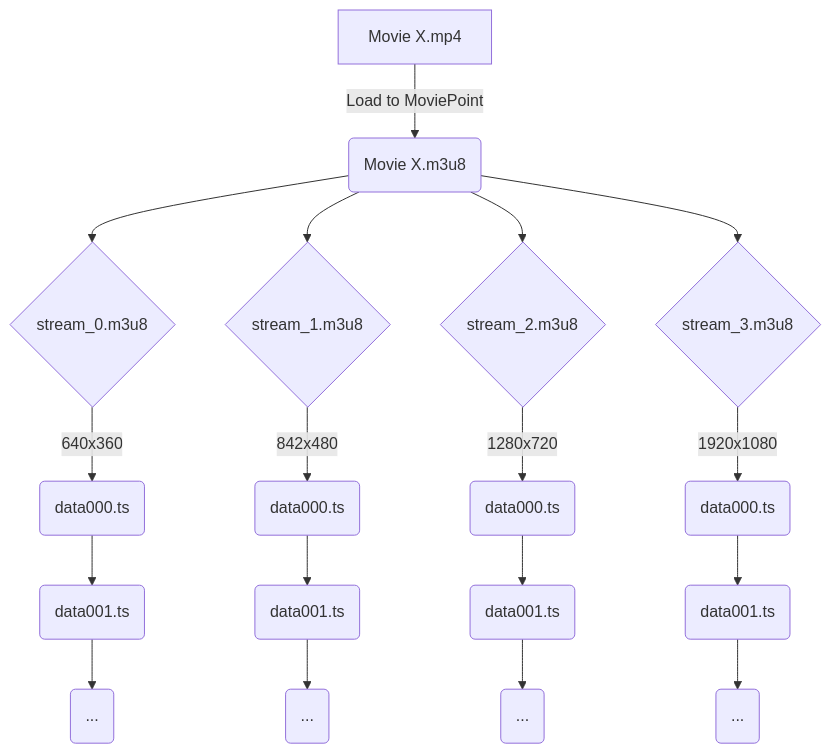
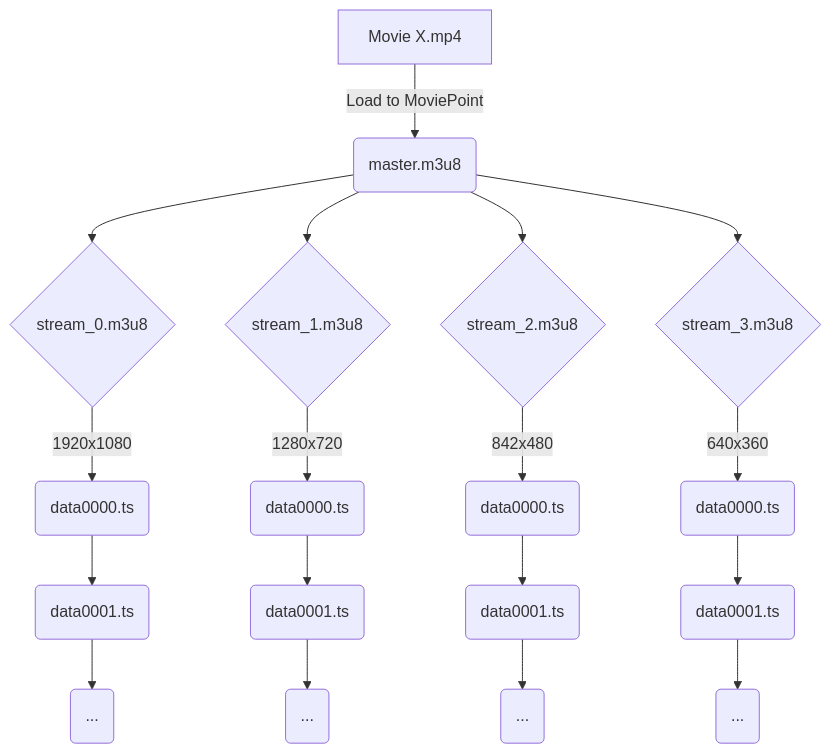
One commit to AlexSavelev/MoviePoint changed the diagram in README.md. Above: the diagram before and after it, drawn with Mermaid. The commit also changed 1 other file, not shown here.

Commit message:
update HLS schema

````diff
--- a/README.md
+++ b/README.md
@@ -30,24 +30,24 @@
 ```mermaid
 flowchart TD
-    A[Movie X.mp4] -->|Load to MoviePoint| B(Movie X.m3u8)
+    A[Movie X.mp4] -->|Load to MoviePoint| B(master.m3u8)
     B --> C{stream_0.m3u8}
     B --> D{stream_1.m3u8}
     B --> E{stream_2.m3u8}
     B --> F{stream_3.m3u8}
 
-    C --> |640x360| G(data000.ts)
-    G --> H(data001.ts)
+    C --> |1920x1080| G(data0000.ts)
+    G --> H(data0001.ts)
     H --> I(...)
 
-    D --> |842x480| J(data000.ts)
-    J --> K(data001.ts)
+    D --> |1280x720| J(data0000.ts)
+    J --> K(data0001.ts)
     K --> L(...)
 
-    E --> |1280x720| M(data000.ts)
-    M --> N(data001.ts)
+    E --> |842x480| M(data0000.ts)
+    M --> N(data0001.ts)
     N --> O(...)
 
-    F --> |1920x1080| P(data000.ts)
-    P --> Q(data001.ts)
+    F --> |640x360| P(data0000.ts)
+    P --> Q(data0001.ts)
     Q --> R(...)
 ```
````
